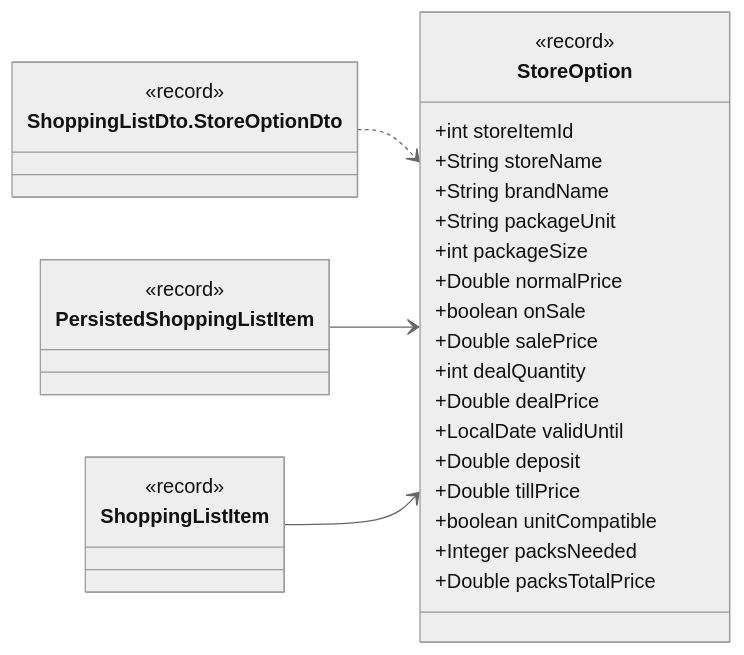
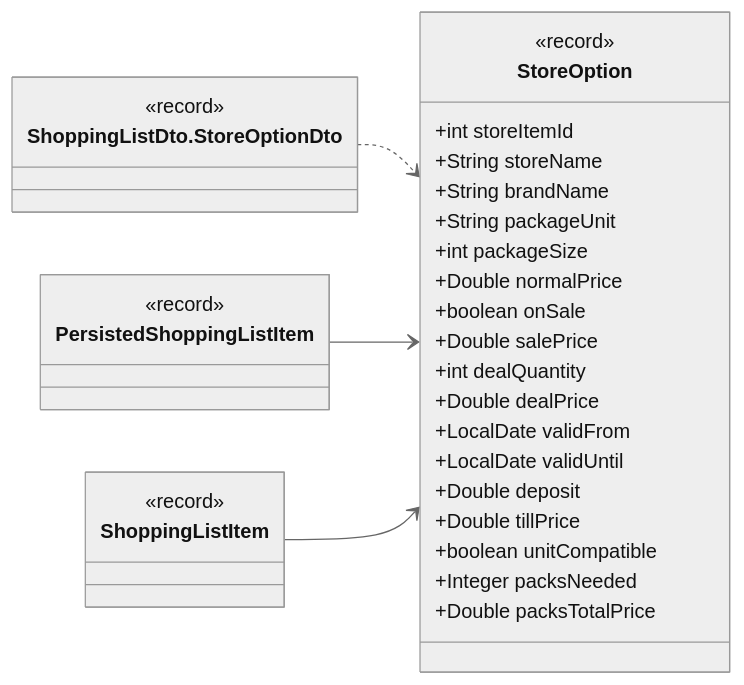
Diagram 14 of 14 in docs/classes/shopping.md (Nate-ryan-7690/dahaem), drawn with Mermaid (neutral theme) before and after one commit. The commit also changed other lines of this file and 27 other files, not shown here.

````diff
--- a/docs/classes/shopping.md
+++ b/docs/classes/shopping.md
@@ -567,35 +708,36 @@
 ```mermaid
 classDiagram
     direction LR
     class shopping_StoreOption["StoreOption"] {
         <<record>>
         +int storeItemId
         +String storeName
         +String brandName
         +String packageUnit
         +int packageSize
         +Double normalPrice
         +boolean onSale
         +Double salePrice
         +int dealQuantity
         +Double dealPrice
+        +LocalDate validFrom
         +LocalDate validUntil
         +Double deposit
         +Double tillPrice
         +boolean unitCompatible
         +Integer packsNeeded
         +Double packsTotalPrice
     }
     class shopping_PersistedShoppingListItem["PersistedShoppingListItem"] {
         <<record>>
     }
     class shopping_ShoppingListItem["ShoppingListItem"] {
         <<record>>
     }
     class api_ShoppingListDto_StoreOptionDto["ShoppingListDto.StoreOptionDto"] {
         <<record>>
     }
     api_ShoppingListDto_StoreOptionDto ..> shopping_StoreOption
     shopping_PersistedShoppingListItem --> shopping_StoreOption
     shopping_ShoppingListItem --> shopping_StoreOption
 ```
````
